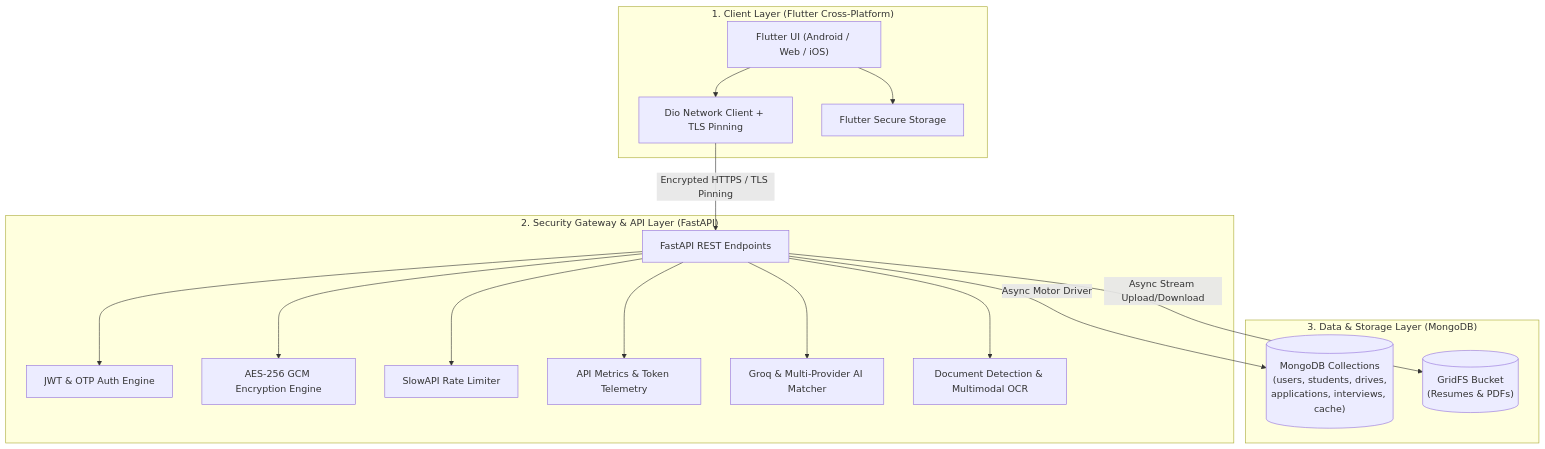
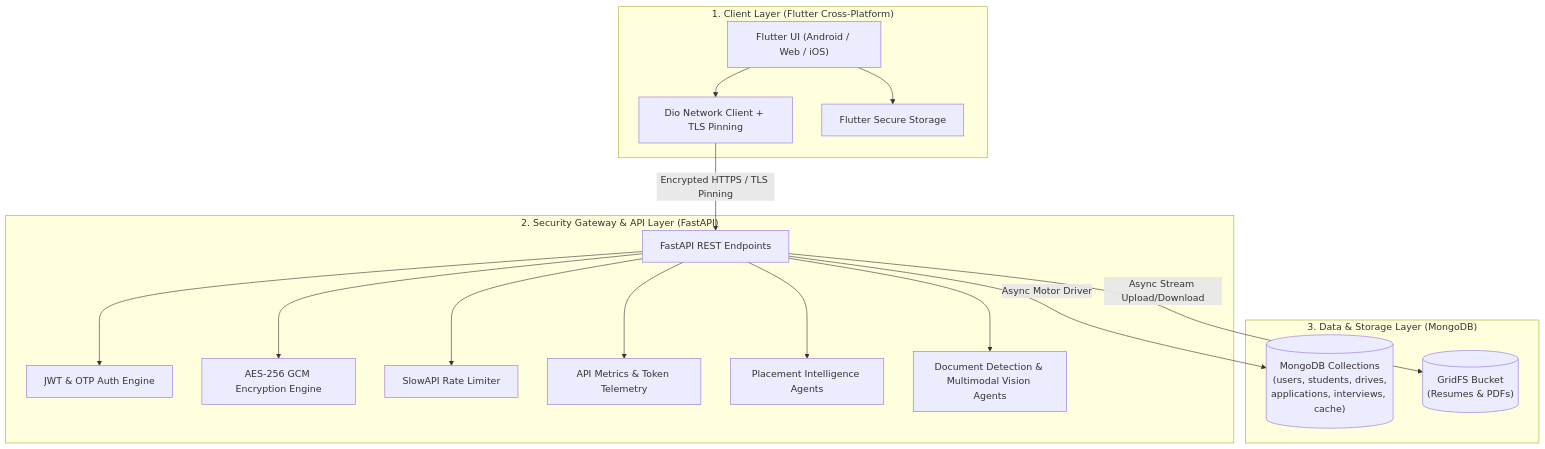
One commit to yash0622/TalentLOQ changed the diagram in README.md. Above: the diagram before and after it, drawn with Mermaid. The commit also changed other lines of this file, not shown here.

Commit message:
docs: replace specific model names and API keys with Placement Intelligence Agent architecture in README

````diff
--- a/README.md
+++ b/README.md
@@ -85,35 +85,35 @@
 ```mermaid
 flowchart TD
     subgraph Client ["1. Client Layer (Flutter Cross-Platform)"]
         UI["Flutter UI (Android / Web / iOS)"]
         Dio["Dio Network Client + TLS Pinning"]
         Storage["Flutter Secure Storage"]
         UI --> Dio
         UI --> Storage
     end
 
     subgraph Gateway ["2. Security Gateway & API Layer (FastAPI)"]
         API["FastAPI REST Endpoints"]
         Auth["JWT & OTP Auth Engine"]
         AES["AES-256 GCM Encryption Engine"]
         Limiter["SlowAPI Rate Limiter"]
         Observability["API Metrics & Token Telemetry"]
-        AI_Engine["Groq & Multi-Provider AI Matcher"]
-        Parser["Document Detection & Multimodal OCR"]
+        AI_Engine["Placement Intelligence Agents"]
+        Parser["Document Detection & Multimodal Vision Agents"]
         API --> Auth
         API --> AES
         API --> Limiter
         API --> Observability
         API --> AI_Engine
         API --> Parser
     end
 
     subgraph Database ["3. Data & Storage Layer (MongoDB)"]
         Mongo[("MongoDB Collections\n(users, students, drives,\napplications, interviews, cache)")]
         GridFS[("GridFS Bucket\n(Resumes & PDFs)")]
     end
 
     Dio -- "Encrypted HTTPS / TLS Pinning" --> API
     API -- "Async Motor Driver" --> Mongo
     API -- "Async Stream Upload/Download" --> GridFS
 ```
````
